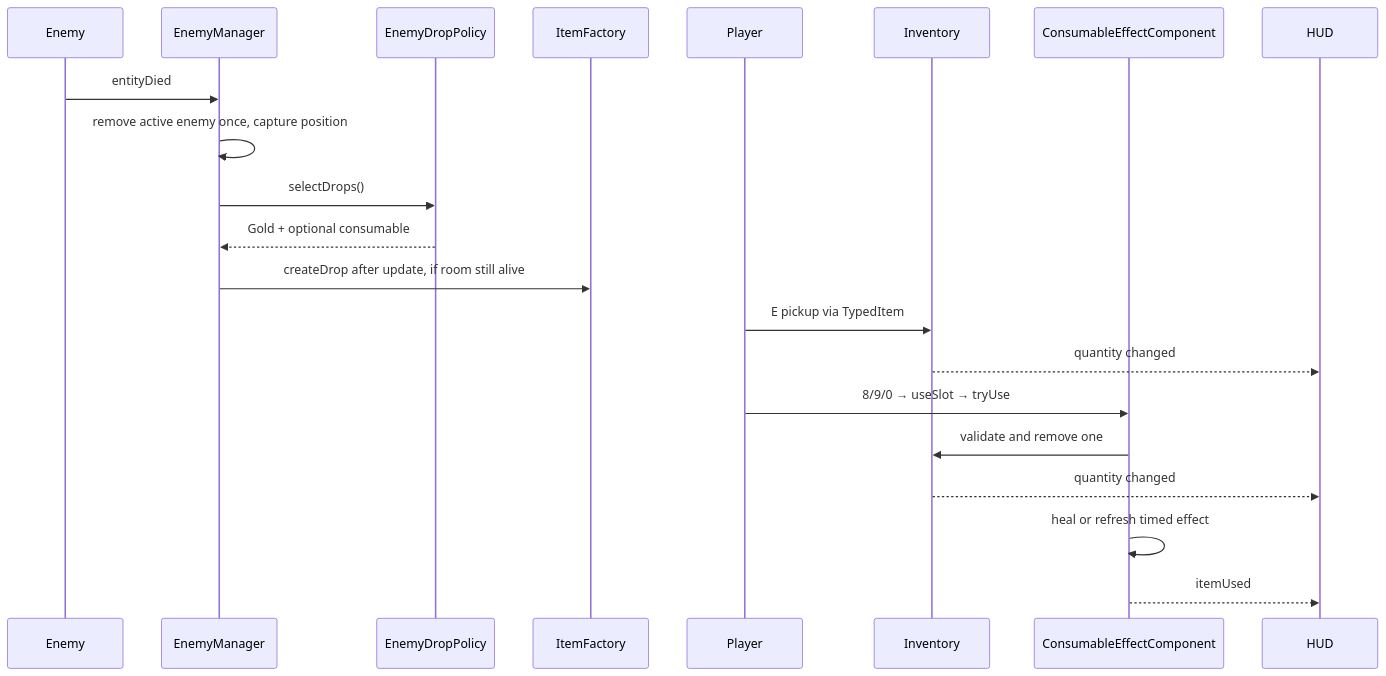
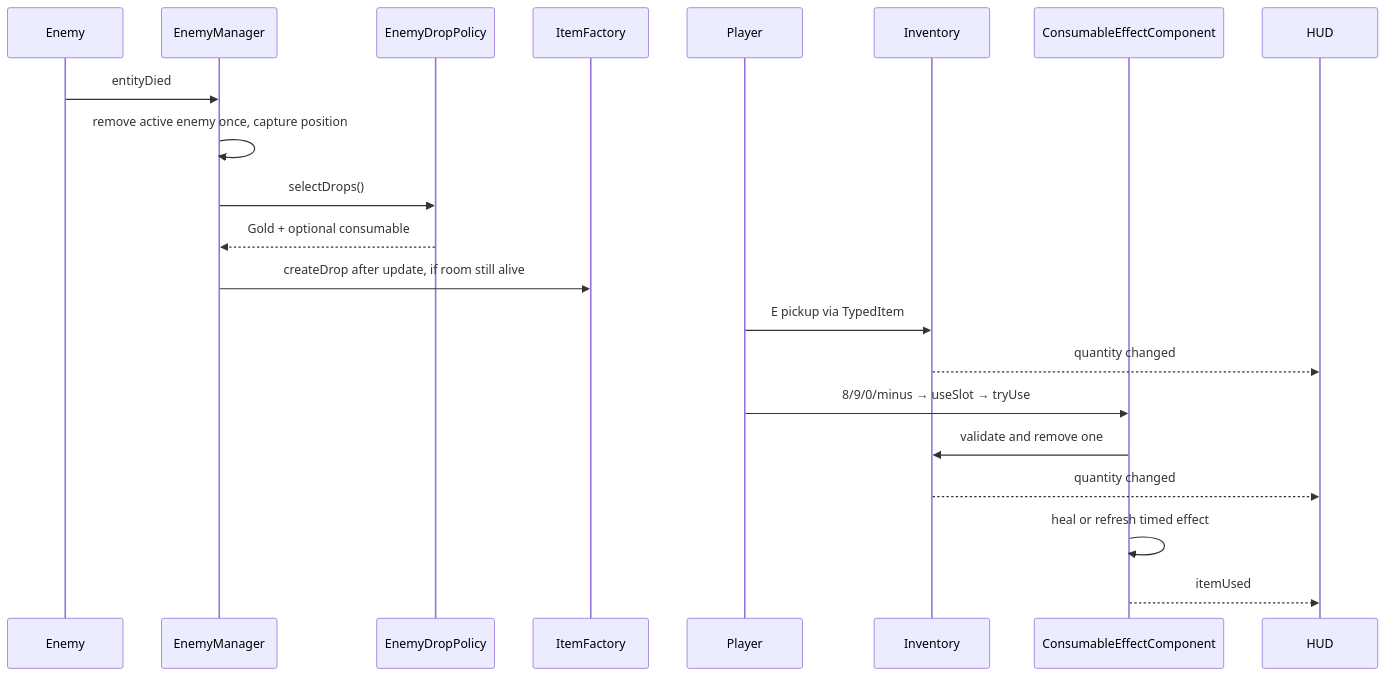
The second of 2 diagrams in source/docs/team5-consumables-currency-sprint2-wiki-draft.md (UQcsse3200/2026-studio-4), drawn with Mermaid before and after one commit. The commit also changed other lines of this file and 8 other files, not shown here.

````diff
--- a/source/docs/team5-consumables-currency-sprint2-wiki-draft.md
+++ b/source/docs/team5-consumables-currency-sprint2-wiki-draft.md
@@ -48,23 +50,23 @@
 ```mermaid
 sequenceDiagram
   participant Enemy
   participant Room as EnemyManager
   participant Policy as EnemyDropPolicy
   participant Factory as ItemFactory
   participant Player
   participant Inventory
   participant Effects as ConsumableEffectComponent
   participant HUD
   Enemy->>Room: entityDied
   Room->>Room: remove active enemy once, capture position
   Room->>Policy: selectDrops()
   Policy-->>Room: Gold + optional consumable
   Room->>Factory: createDrop after update, if room still alive
   Player->>Inventory: E pickup via TypedItem
   Inventory-->>HUD: quantity changed
-  Player->>Effects: 8/9/0 → useSlot → tryUse
+  Player->>Effects: 8/9/0/minus → useSlot → tryUse
   Effects->>Inventory: validate and remove one
   Inventory-->>HUD: quantity changed
   Effects->>Effects: heal or refresh timed effect
   Effects-->>HUD: itemUsed
 ```
````
